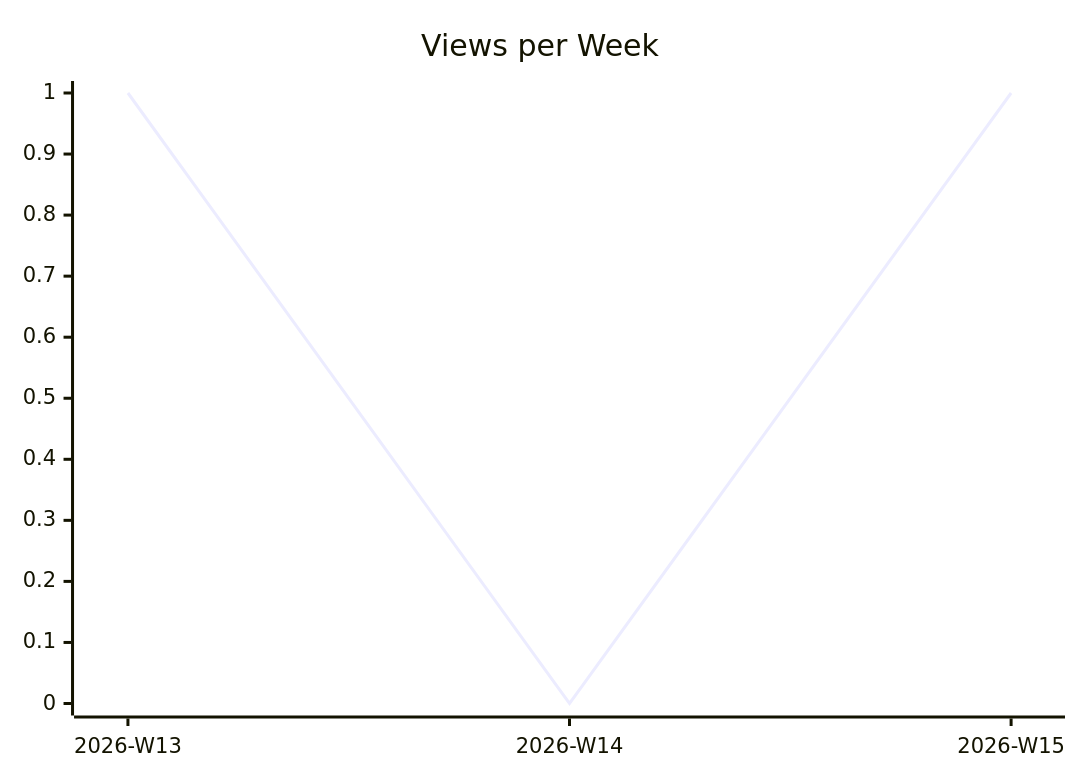
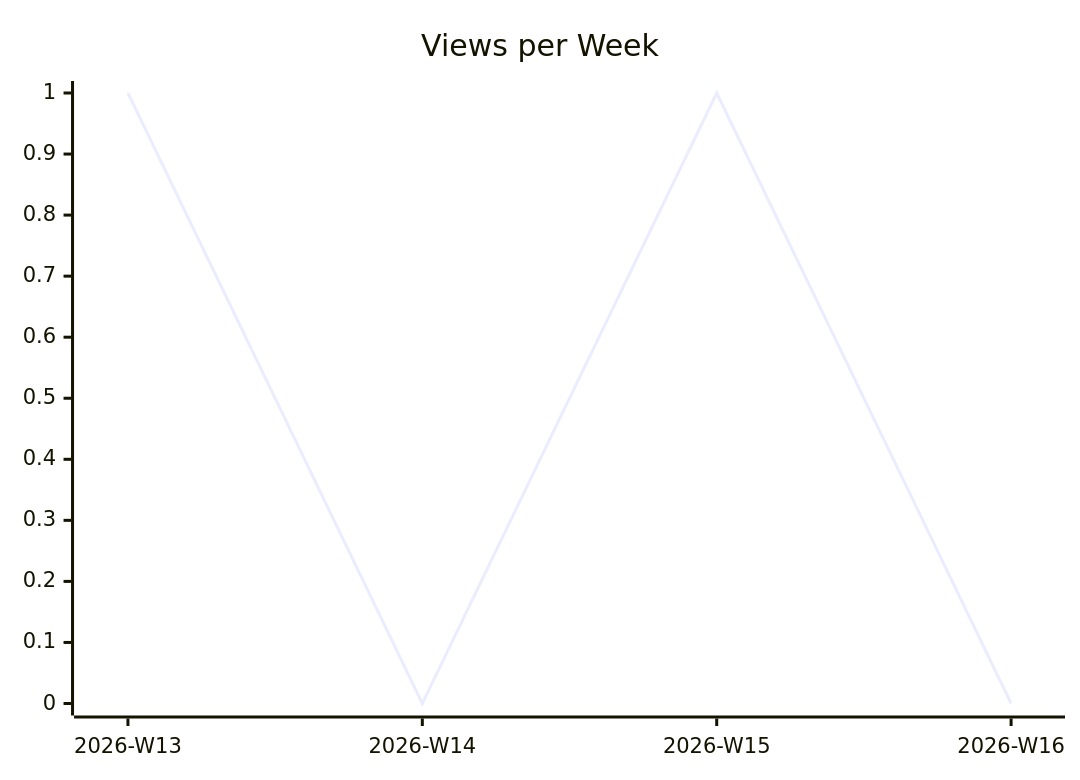
The second of 3 diagrams in karlmdavis/justdavis-finances/README.md (justdavis-family/github-analytics-data), drawn with Mermaid before and after one commit. The commit also changed other lines of this file and 176 other files, not shown here.

````diff
--- a/karlmdavis/justdavis-finances/README.md
+++ b/karlmdavis/justdavis-finances/README.md
@@ -12,6 +12,6 @@
 ```mermaid
 xychart-beta
   title "Views per Week"
-  x-axis ["2026-W13", "2026-W14", "2026-W15"]
-  line [1, 0, 1]
+  x-axis ["2026-W13", "2026-W14", "2026-W15", "2026-W16"]
+  line [1, 0, 1, 0]
 ```
````
